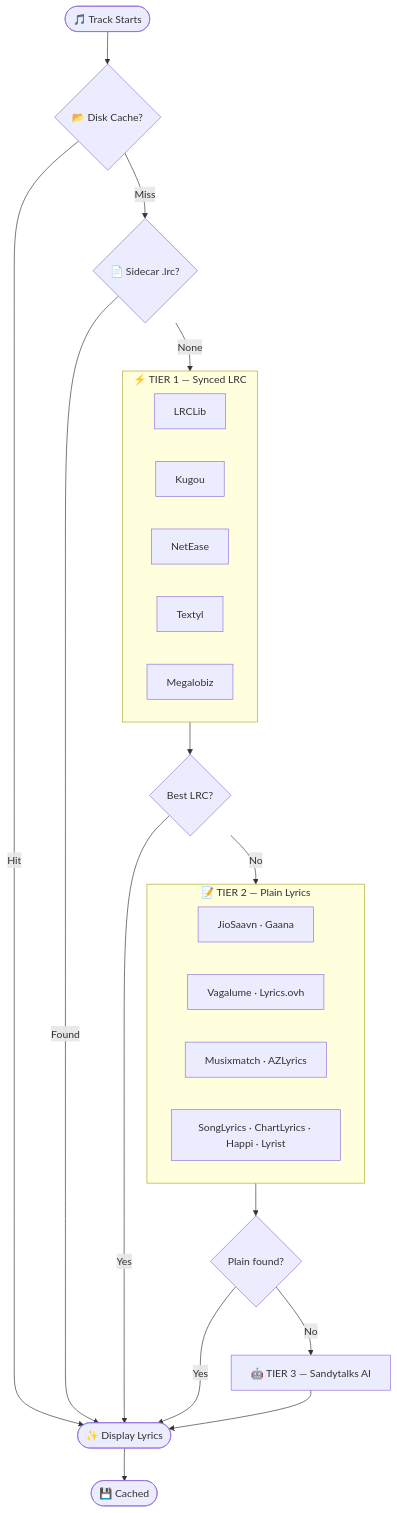
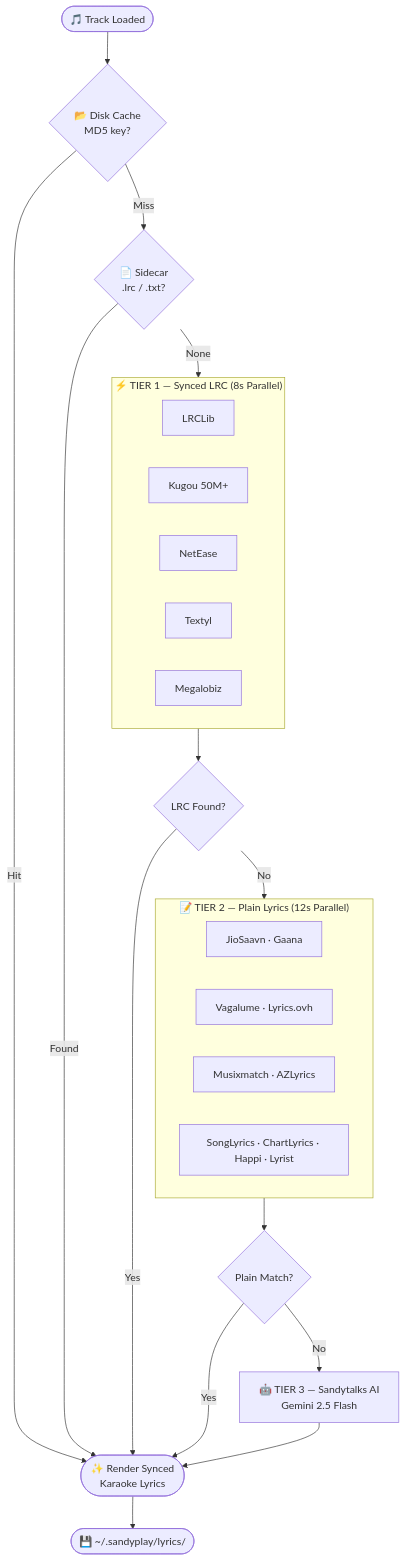
Before and after one commit to sandytalks/SANDYPLAY-MEDIA-PLAYER: the first of 2 diagrams in README.md, drawn with Mermaid. The commit also changed other lines of this file, not shown here.

````diff
--- a/README.md
+++ b/README.md
@@ -203,22 +208,26 @@
 ```mermaid
 flowchart TD
-    A(["🎵 Track Starts"]) --> B{"📂 Disk Cache?"}
-    B -- Hit --> Z(["✨ Display Lyrics"])
-    B -- Miss --> C{"📄 Sidecar .lrc?"}
+    A(["🎵 Track Loaded"]) --> B{"📂 Disk Cache
+MD5 key?"}
+    B -- Hit --> Z(["✨ Render Synced
+Karaoke Lyrics"])
+    B -- Miss --> C{"📄 Sidecar
+.lrc / .txt?"}
     C -- Found --> Z
     C -- None --> D
-    subgraph D["⚡ TIER 1 — Synced LRC"]
-        D1["LRCLib"] & D2["Kugou"] & D3["NetEase"] & D4["Textyl"] & D5["Megalobiz"]
+    subgraph D["⚡ TIER 1 — Synced LRC (8s Parallel)"]
+        D1["LRCLib"] & D2["Kugou 50M+"] & D3["NetEase"] & D4["Textyl"] & D5["Megalobiz"]
     end
-    D --> E{"Best LRC?"}
+    D --> E{"LRC Found?"}
     E -- Yes --> Z
     E -- No --> F
-    subgraph F["📝 TIER 2 — Plain Lyrics"]
+    subgraph F["📝 TIER 2 — Plain Lyrics (12s Parallel)"]
         F1["JioSaavn · Gaana"] & F2["Vagalume · Lyrics.ovh"] & F3["Musixmatch · AZLyrics"] & F4["SongLyrics · ChartLyrics · Happi · Lyrist"]
     end
-    F --> G{"Plain found?"}
+    F --> G{"Plain Match?"}
     G -- Yes --> Z
-    G -- No --> H["🤖 TIER 3 — Sandytalks AI"]
+    G -- No --> H["🤖 TIER 3 — Sandytalks AI
+Gemini 2.5 Flash"]
     H --> Z
-    Z --> I(["💾 Cached"])
+    Z --> I(["💾 ~/.sandyplay/lyrics/"])
 ```
````
